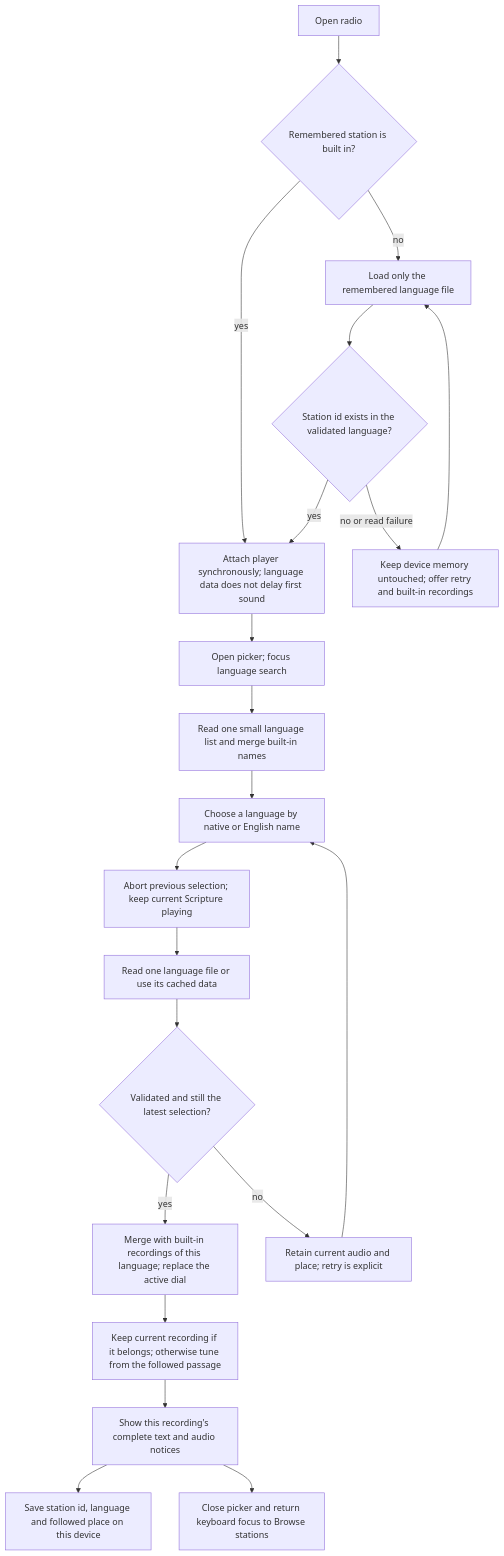
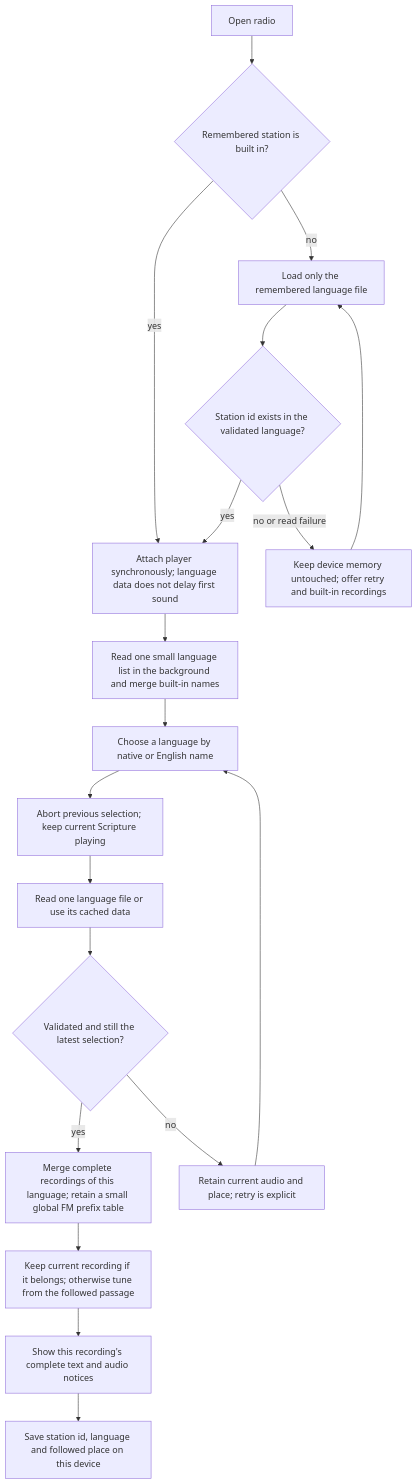
One commit to loveJesus/audiobiblerad.io-chirho changed the diagram in spec-chirho/workflows-chirho/language_workflow_chirho.md. Above: the diagram before and after it, drawn with Mermaid. The commit also changed other lines of this file and 40 other files, not shown here.

````diff
--- a/spec-chirho/workflows-chirho/language_workflow_chirho.md
+++ b/spec-chirho/workflows-chirho/language_workflow_chirho.md
@@ -7,23 +7,21 @@
 ```mermaid
 flowchart TD
     open_chirho[Open radio] --> saved_chirho{Remembered station is built in?}
     saved_chirho -- yes --> ready_chirho[Attach player synchronously; language data does not delay first sound]
     saved_chirho -- no --> restore_chirho[Load only the remembered language file]
     restore_chirho --> match_chirho{Station id exists in the validated language?}
     match_chirho -- yes --> ready_chirho
     match_chirho -- no or read failure --> retry_chirho[Keep device memory untouched; offer retry and built-in recordings]
     retry_chirho --> restore_chirho
-    ready_chirho --> browse_chirho[Open picker; focus language search]
-    browse_chirho --> index_chirho[Read one small language list and merge built-in names]
+    ready_chirho --> index_chirho[Read one small language list in the background and merge built-in names]
     index_chirho --> choose_chirho[Choose a language by native or English name]
     choose_chirho --> cancel_chirho[Abort previous selection; keep current Scripture playing]
     cancel_chirho --> load_chirho[Read one language file or use its cached data]
     load_chirho --> valid_chirho{Validated and still the latest selection?}
-    valid_chirho -- yes --> merge_chirho[Merge with built-in recordings of this language; replace the active dial]
+    valid_chirho -- yes --> merge_chirho[Merge complete recordings of this language; retain a small global FM prefix table]
     merge_chirho --> tune_chirho[Keep current recording if it belongs; otherwise tune from the followed passage]
     tune_chirho --> credit_chirho[Show this recording's complete text and audio notices]
     valid_chirho -- no --> retained_chirho[Retain current audio and place; retry is explicit]
     retained_chirho --> choose_chirho
     credit_chirho --> memory_chirho[Save station id, language and followed place on this device]
-    credit_chirho --> back_chirho[Close picker and return keyboard focus to Browse stations]
 ```
````
